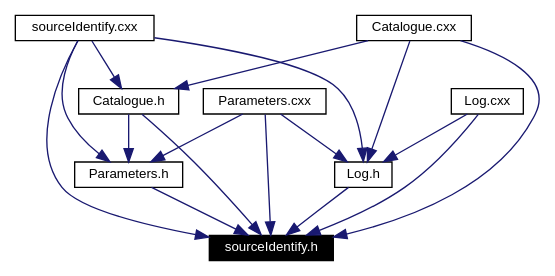
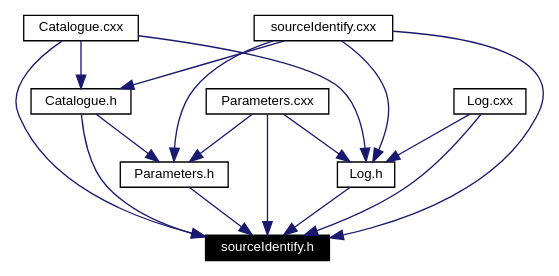
The diagram in doc/doxy-html/source_identify_8h__dep__incl.dot (fermi-lat/sourceIdentify), drawn with Graphviz before and after one commit. The commit also changed 51 other files, not shown here.

```diff
--- a/doc/doxy-html/source_identify_8h__dep__incl.dot
+++ b/doc/doxy-html/source_identify_8h__dep__incl.dot
@@ -1,27 +1,27 @@
 digraph inheritance
 {
-  Node107 [shape="box",label="sourceIdentify.h",fontsize=10,height=0.2,width=0.4,fontname="Helvetica",color="black",style="filled" fontcolor="white"];
-  Node108 -> Node107 [color="midnightblue",fontsize=10,style="solid",fontname="Helvetica"];
-  Node108 [shape="box",label="Catalogue.h",fontsize=10,height=0.2,width=0.4,fontname="Helvetica",color="black",URL="$_catalogue_8h.html"];
-  Node109 -> Node108 [color="midnightblue",fontsize=10,style="solid",fontname="Helvetica"];
-  Node109 [shape="box",label="Catalogue.cxx",fontsize=10,height=0.2,width=0.4,fontname="Helvetica",color="black",URL="$_catalogue_8cxx.html"];
-  Node110 -> Node108 [color="midnightblue",fontsize=10,style="solid",fontname="Helvetica"];
-  Node110 [shape="box",label="sourceIdentify.cxx",fontsize=10,height=0.2,width=0.4,fontname="Helvetica",color="black",URL="$source_identify_8cxx.html"];
-  Node111 -> Node107 [color="midnightblue",fontsize=10,style="solid",fontname="Helvetica"];
-  Node111 [shape="box",label="Log.h",fontsize=10,height=0.2,width=0.4,fontname="Helvetica",color="black",URL="$_log_8h.html"];
-  Node109 -> Node111 [color="midnightblue",fontsize=10,style="solid",fontname="Helvetica"];
+  Node109 [shape="box",label="sourceIdentify.h",fontsize=10,height=0.2,width=0.4,fontname="Helvetica",color="black",style="filled" fontcolor="white"];
+  Node110 -> Node109 [color="midnightblue",fontsize=10,style="solid",fontname="Helvetica"];
+  Node110 [shape="box",label="Catalogue.cxx",fontsize=10,height=0.2,width=0.4,fontname="Helvetica",color="black",URL="$_catalogue_8cxx.html"];
+  Node111 -> Node109 [color="midnightblue",fontsize=10,style="solid",fontname="Helvetica"];
+  Node111 [shape="box",label="Catalogue.h",fontsize=10,height=0.2,width=0.4,fontname="Helvetica",color="black",URL="$_catalogue_8h.html"];
+  Node110 -> Node111 [color="midnightblue",fontsize=10,style="solid",fontname="Helvetica"];
   Node112 -> Node111 [color="midnightblue",fontsize=10,style="solid",fontname="Helvetica"];
-  Node112 [shape="box",label="Log.cxx",fontsize=10,height=0.2,width=0.4,fontname="Helvetica",color="black",URL="$_log_8cxx.html"];
-  Node113 -> Node111 [color="midnightblue",fontsize=10,style="solid",fontname="Helvetica"];
-  Node113 [shape="box",label="Parameters.cxx",fontsize=10,height=0.2,width=0.4,fontname="Helvetica",color="black",URL="$_parameters_8cxx.html"];
-  Node110 -> Node111 [color="midnightblue",fontsize=10,style="solid",fontname="Helvetica"];
-  Node114 -> Node107 [color="midnightblue",fontsize=10,style="solid",fontname="Helvetica"];
-  Node114 [shape="box",label="Parameters.h",fontsize=10,height=0.2,width=0.4,fontname="Helvetica",color="black",URL="$_parameters_8h.html"];
-  Node108 -> Node114 [color="midnightblue",fontsize=10,style="solid",fontname="Helvetica"];
-  Node113 -> Node114 [color="midnightblue",fontsize=10,style="solid",fontname="Helvetica"];
-  Node110 -> Node114 [color="midnightblue",fontsize=10,style="solid",fontname="Helvetica"];
-  Node109 -> Node107 [color="midnightblue",fontsize=10,style="solid",fontname="Helvetica"];
-  Node112 -> Node107 [color="midnightblue",fontsize=10,style="solid",fontname="Helvetica"];
-  Node113 -> Node107 [color="midnightblue",fontsize=10,style="solid",fontname="Helvetica"];
-  Node110 -> Node107 [color="midnightblue",fontsize=10,style="solid",fontname="Helvetica"];
+  Node112 [shape="box",label="sourceIdentify.cxx",fontsize=10,height=0.2,width=0.4,fontname="Helvetica",color="black",URL="$source_identify_8cxx.html"];
+  Node113 -> Node109 [color="midnightblue",fontsize=10,style="solid",fontname="Helvetica"];
+  Node113 [shape="box",label="Parameters.h",fontsize=10,height=0.2,width=0.4,fontname="Helvetica",color="black",URL="$_parameters_8h.html"];
+  Node111 -> Node113 [color="midnightblue",fontsize=10,style="solid",fontname="Helvetica"];
+  Node114 -> Node113 [color="midnightblue",fontsize=10,style="solid",fontname="Helvetica"];
+  Node114 [shape="box",label="Parameters.cxx",fontsize=10,height=0.2,width=0.4,fontname="Helvetica",color="black",URL="$_parameters_8cxx.html"];
+  Node112 -> Node113 [color="midnightblue",fontsize=10,style="solid",fontname="Helvetica"];
+  Node115 -> Node109 [color="midnightblue",fontsize=10,style="solid",fontname="Helvetica"];
+  Node115 [shape="box",label="Log.h",fontsize=10,height=0.2,width=0.4,fontname="Helvetica",color="black",URL="$_log_8h.html"];
+  Node110 -> Node115 [color="midnightblue",fontsize=10,style="solid",fontname="Helvetica"];
+  Node116 -> Node115 [color="midnightblue",fontsize=10,style="solid",fontname="Helvetica"];
+  Node116 [shape="box",label="Log.cxx",fontsize=10,height=0.2,width=0.4,fontname="Helvetica",color="black",URL="$_log_8cxx.html"];
+  Node114 -> Node115 [color="midnightblue",fontsize=10,style="solid",fontname="Helvetica"];
+  Node112 -> Node115 [color="midnightblue",fontsize=10,style="solid",fontname="Helvetica"];
+  Node116 -> Node109 [color="midnightblue",fontsize=10,style="solid",fontname="Helvetica"];
+  Node114 -> Node109 [color="midnightblue",fontsize=10,style="solid",fontname="Helvetica"];
+  Node112 -> Node109 [color="midnightblue",fontsize=10,style="solid",fontname="Helvetica"];
 }
```
